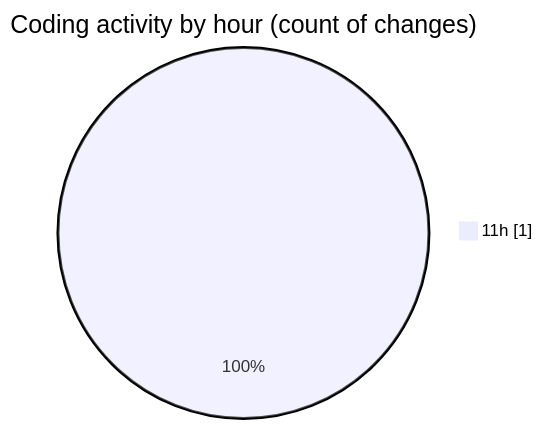
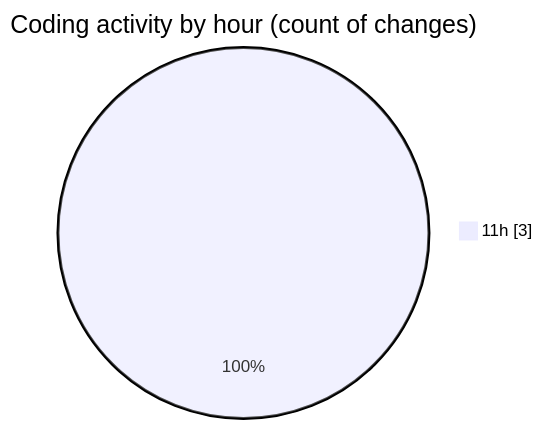
One commit to NitaiMahat/code-tracking changed the second of 2 diagrams in 2025-02-08/coding_prac_2/README.md. Above: the diagram before and after it, drawn with Mermaid. The commit also changed other lines of this file and 1 other file, not shown here.

````diff
--- a/2025-02-08/coding_prac_2/README.md
+++ b/2025-02-08/coding_prac_2/README.md
@@ -28,5 +28,5 @@
 ```mermaid
 pie showData
 title Coding activity by hour (count of changes)
-"11h" : 1
+"11h" : 3
 ```
````
